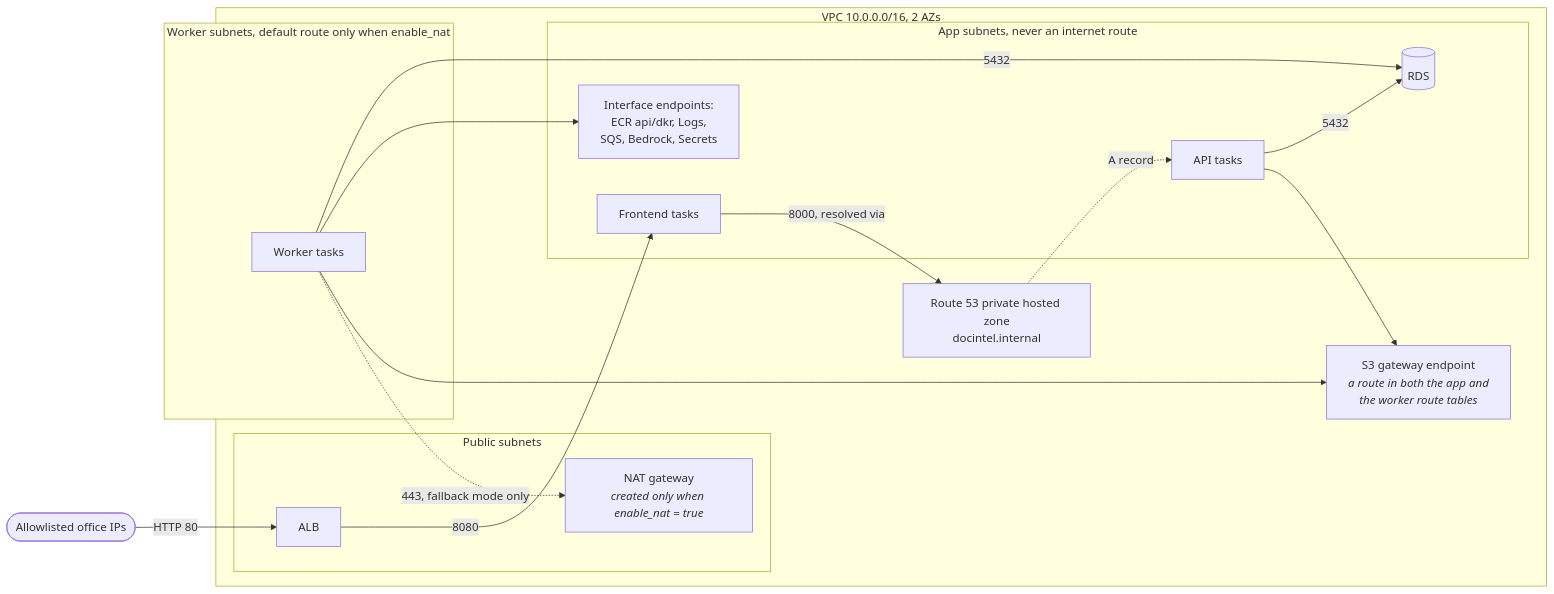
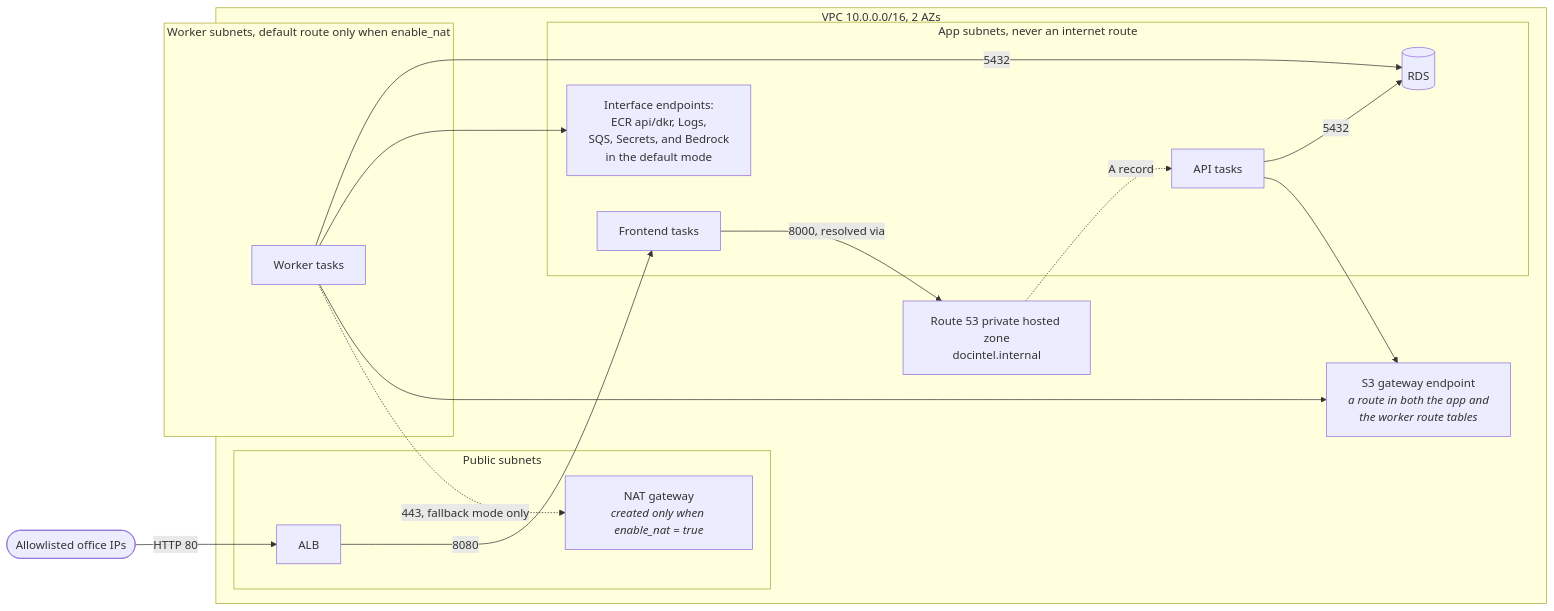
One commit to AfiqAqil/docintel-platform changed the fifth of 6 diagrams in docs/ARCHITECTURE.md. Above: the diagram before and after it, drawn with Mermaid. The commit also changed other lines of this file and 1 other file, not shown here.

First line of the commit message:
Create the Bedrock endpoint only in bedrock mode

````diff
--- a/docs/ARCHITECTURE.md
+++ b/docs/ARCHITECTURE.md
@@ -515,30 +515,30 @@
 ```mermaid
 flowchart LR
     subgraph VPC["VPC 10.0.0.0/16, 2 AZs"]
         subgraph pub["Public subnets"]
             ALB[ALB]
             NAT["NAT gateway<br/><i>created only when enable_nat = true</i>"]
         end
         subgraph priv["App subnets, never an internet route"]
             FE[Frontend tasks]
             API[API tasks]
             RDS[(RDS)]
-            VPE["Interface endpoints:<br/>ECR api/dkr, Logs,<br/>SQS, Bedrock, Secrets"]
+            VPE["Interface endpoints:<br/>ECR api/dkr, Logs,<br/>SQS, Secrets, and Bedrock<br/>in the default mode"]
         end
         subgraph wpriv["Worker subnets, default route only when enable_nat"]
             AI[Worker tasks]
         end
         GW["S3 gateway endpoint<br/><i>a route in both the app and<br/>the worker route tables</i>"]
         R53["Route 53 private hosted zone<br/>docintel.internal"]
     end
     Net([Allowlisted office IPs]) -->|HTTP 80| ALB
     ALB -->|8080| FE
     FE -->|"8000, resolved via"| R53
     R53 -.->|A record| API
     API -->|5432| RDS
     AI -->|5432| RDS
     AI --> VPE
     API --> GW
     AI --> GW
     AI -.->|"443, fallback mode only"| NAT
 ```
````
